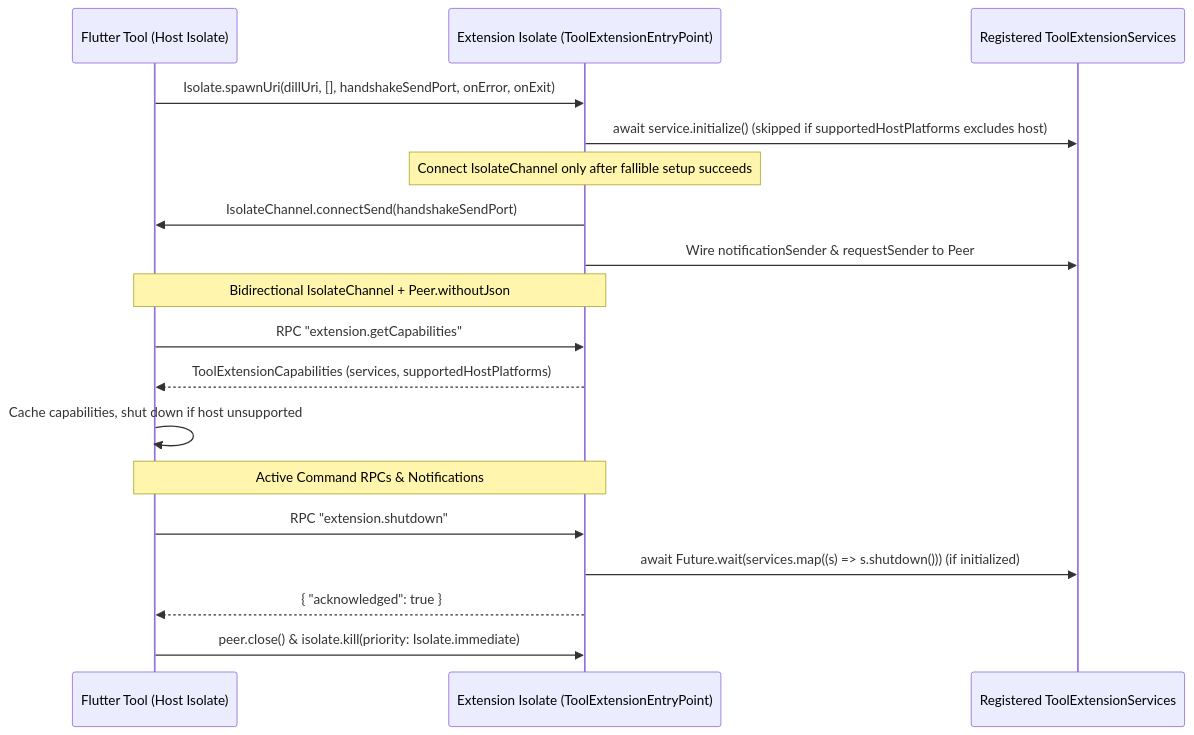
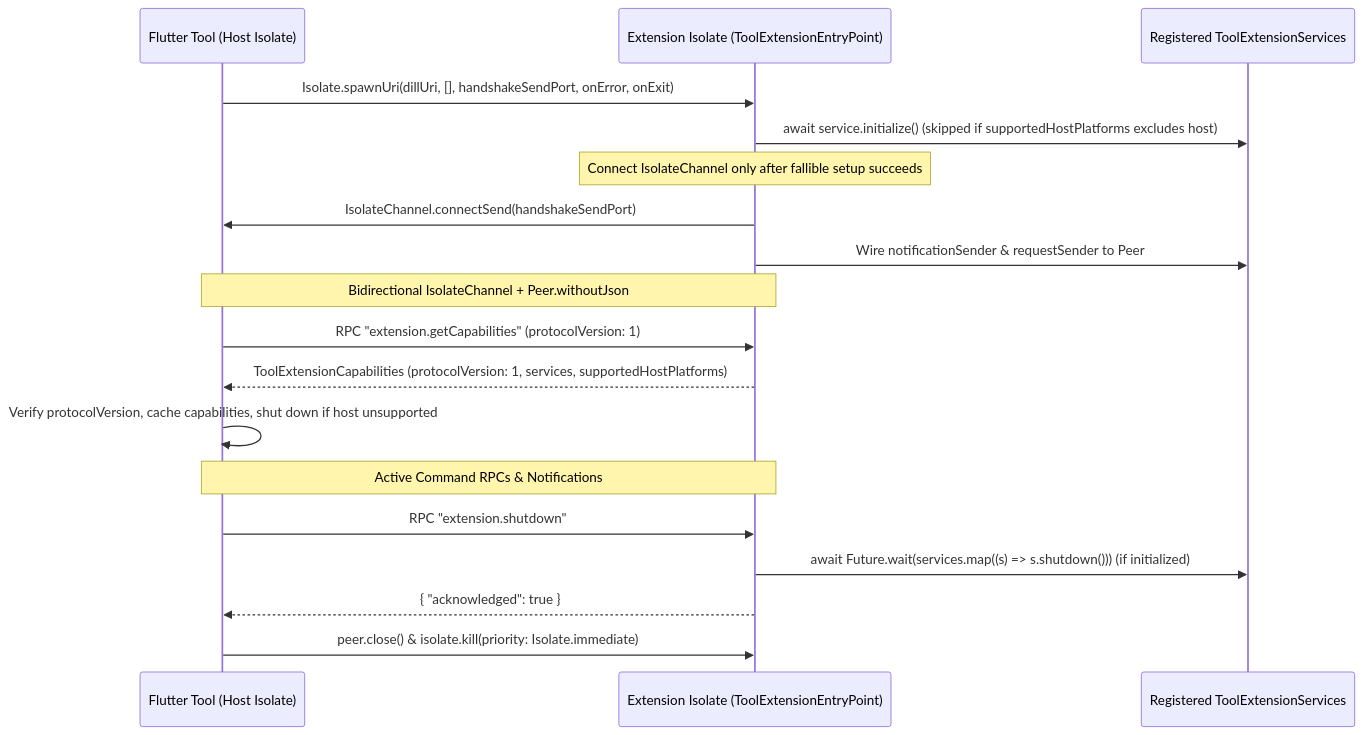
The second of 2 diagrams in rfc/510.0000-targeting-custom-embedders-with-flutter-tools.md (flutter/rfc), drawn with Mermaid before and after one commit. The commit also changed other lines of this file, not shown here.

````diff
--- a/rfc/510.0000-targeting-custom-embedders-with-flutter-tools.md
+++ b/rfc/510.0000-targeting-custom-embedders-with-flutter-tools.md
@@ -152,21 +152,21 @@
 ```mermaid
 sequenceDiagram
   participant Host as Flutter Tool (Host Isolate)
   participant Iso as Extension Isolate (ToolExtensionEntryPoint)
   participant Svc as Registered ToolExtensionServices
 
   Host->>Iso: Isolate.spawnUri(dillUri, [], handshakeSendPort, onError, onExit)
   Iso->>Svc: await service.initialize() (skipped if supportedHostPlatforms excludes host)
   Note over Iso: Connect IsolateChannel only after fallible setup succeeds
   Iso->>Host: IsolateChannel.connectSend(handshakeSendPort)
   Iso->>Svc: Wire notificationSender & requestSender to Peer
   Note over Host,Iso: Bidirectional IsolateChannel + Peer.withoutJson
-  Host->>Iso: RPC "extension.getCapabilities"
-  Iso-->>Host: ToolExtensionCapabilities (services, supportedHostPlatforms)
-  Host->>Host: Cache capabilities, shut down if host unsupported
+  Host->>Iso: RPC "extension.getCapabilities" (protocolVersion: 1)
+  Iso-->>Host: ToolExtensionCapabilities (protocolVersion: 1, services, supportedHostPlatforms)
+  Host->>Host: Verify protocolVersion, cache capabilities, shut down if host unsupported
   Note over Host,Iso: Active Command RPCs & Notifications
   Host->>Iso: RPC "extension.shutdown"
   Iso->>Svc: await Future.wait(services.map((s) => s.shutdown())) (if initialized)
   Iso-->>Host: { "acknowledged": true }
   Host->>Iso: peer.close() & isolate.kill(priority: Isolate.immediate)
 ```
````
